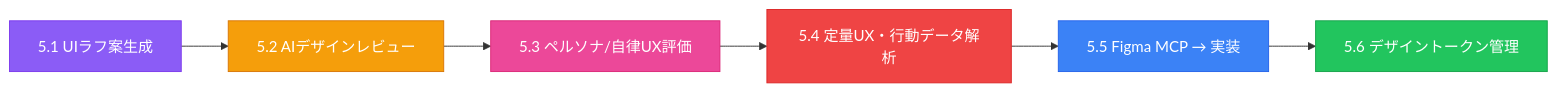
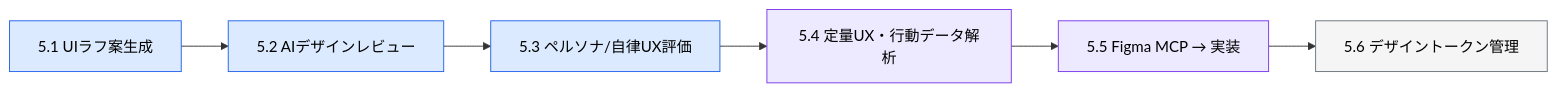
Before and after one commit to takuma39/ai: diagram 27 of 44 in AI駆動開発.md, drawn with Mermaid. The commit also changed other lines of this file, not shown here.

````diff
--- a/AI駆動開発.md
+++ b/AI駆動開発.md
@@ -1842,15 +1934,15 @@
 ```mermaid
 flowchart LR
     A["5.1 UIラフ案生成"] --> B["5.2 AIデザインレビュー"]
     B --> C["5.3 ペルソナ/自律UX評価"]
     C --> D["5.4 定量UX・行動データ解析"]
     D --> E["5.5 Figma MCP → 実装"]
     E --> F["5.6 デザイントークン管理"]
     
-    style A fill:#8b5cf6,stroke:#7c3aed,color:#fff
-    style B fill:#f59e0b,stroke:#d97706,color:#fff
-    style C fill:#ec4899,stroke:#db2777,color:#fff
-    style D fill:#ef4444,stroke:#dc2626,color:#fff
-    style E fill:#3b82f6,stroke:#2563eb,color:#fff
-    style F fill:#22c55e,stroke:#16a34a,color:#fff
+    style A fill:#dbeafe,stroke:#2563eb,color:#000
+    style B fill:#dbeafe,stroke:#2563eb,color:#000
+    style C fill:#dbeafe,stroke:#2563eb,color:#000
+    style D fill:#ede9fe,stroke:#7c3aed,color:#000
+    style E fill:#ede9fe,stroke:#7c3aed,color:#000
+    style F fill:#f5f5f5,stroke:#6c757d,color:#000
 ```
````
